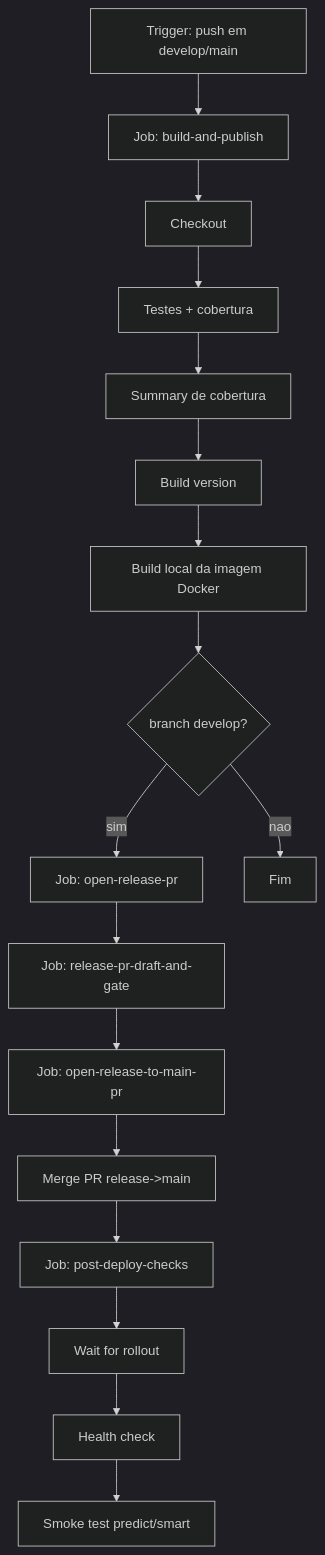
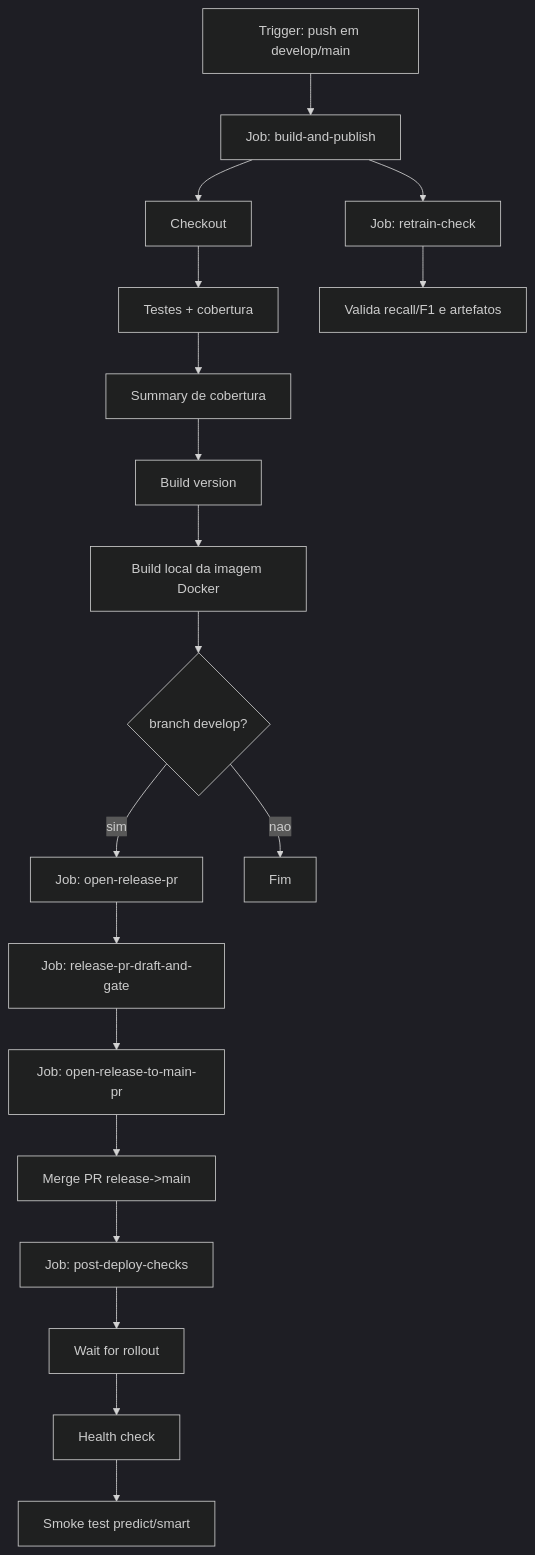
Before and after one commit to PauloGuedes2/passos-magicos-datathon: the fifth of 7 diagrams in README.md, drawn with Mermaid (dark theme). The commit also changed other lines of this file and 1 other file, not shown here.

````diff
--- a/README.md
+++ b/README.md
@@ -331,19 +360,21 @@
 ```mermaid
 flowchart TD
     T[Trigger: push em develop/main] --> B[Job: build-and-publish]
     B --> B1[Checkout]
     B1 --> B2[Testes + cobertura]
     B2 --> B3[Summary de cobertura]
     B3 --> B4[Build version]
     B4 --> B5[Build local da imagem Docker]
     B5 --> D{branch develop?}
     D -- sim --> PR[Job: open-release-pr]
     D -- nao --> E[Fim]
     PR --> R[Job: release-pr-draft-and-gate]
     R --> PR2[Job: open-release-to-main-pr]
     PR2 --> MPR[Merge PR release->main]
     MPR --> C[Job: post-deploy-checks]
     C --> C1[Wait for rollout]
     C1 --> C2[Health check]
     C2 --> C3[Smoke test predict/smart]
+    B --> RCHK[Job: retrain-check]
+    RCHK --> GATE[Valida recall/F1 e artefatos]
 ```
````
